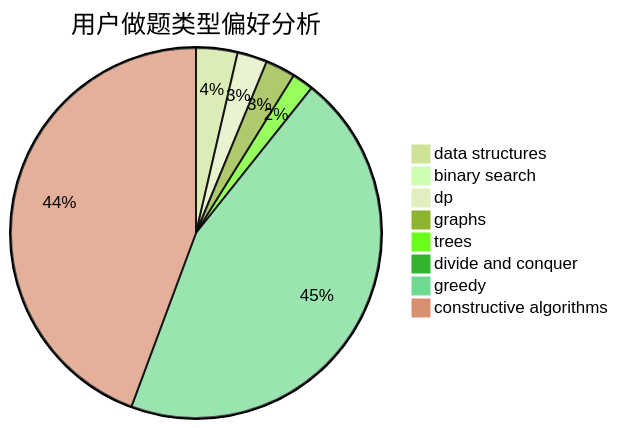
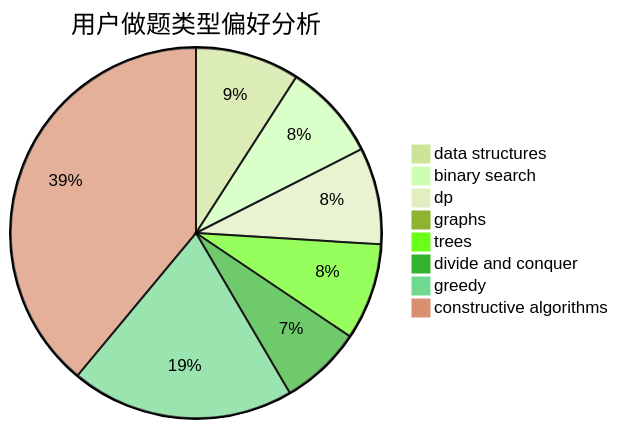
Before and after one commit to sherpahu/cfrs.github.io: the second of 3 diagrams in docs/user/u1766.md, drawn with Mermaid (forest theme). The commit also changed other lines of this file and 2770 other files, not shown here.

````diff
--- a/docs/user/u1766.md
+++ b/docs/user/u1766.md
@@ -23,11 +23,11 @@
 ```mermaid
 pie title 用户做题类型偏好分析
-    "data structures" :  29
-    "binary search" :  1
-    "dp" :  21
-    "graphs" :  21
-    "trees" :  15
-    "divide and conquer" :  0
-    "greedy" :  361
-    "constructive algorithms" :  356
+    "data structures" :  14
+    "binary search" :  13
+    "dp" :  13
+    "graphs" :  0
+    "trees" :  13
+    "divide and conquer" :  11
+    "greedy" :  30
+    "constructive algorithms" :  60
 ```
````
